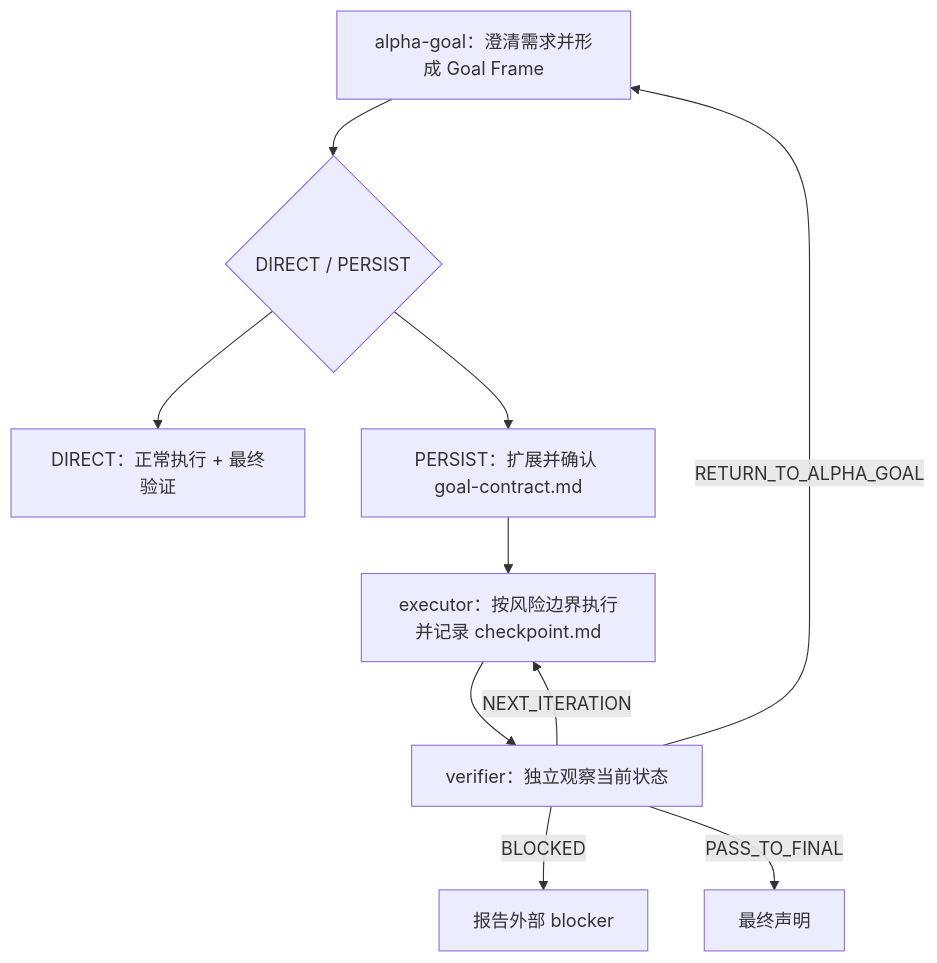
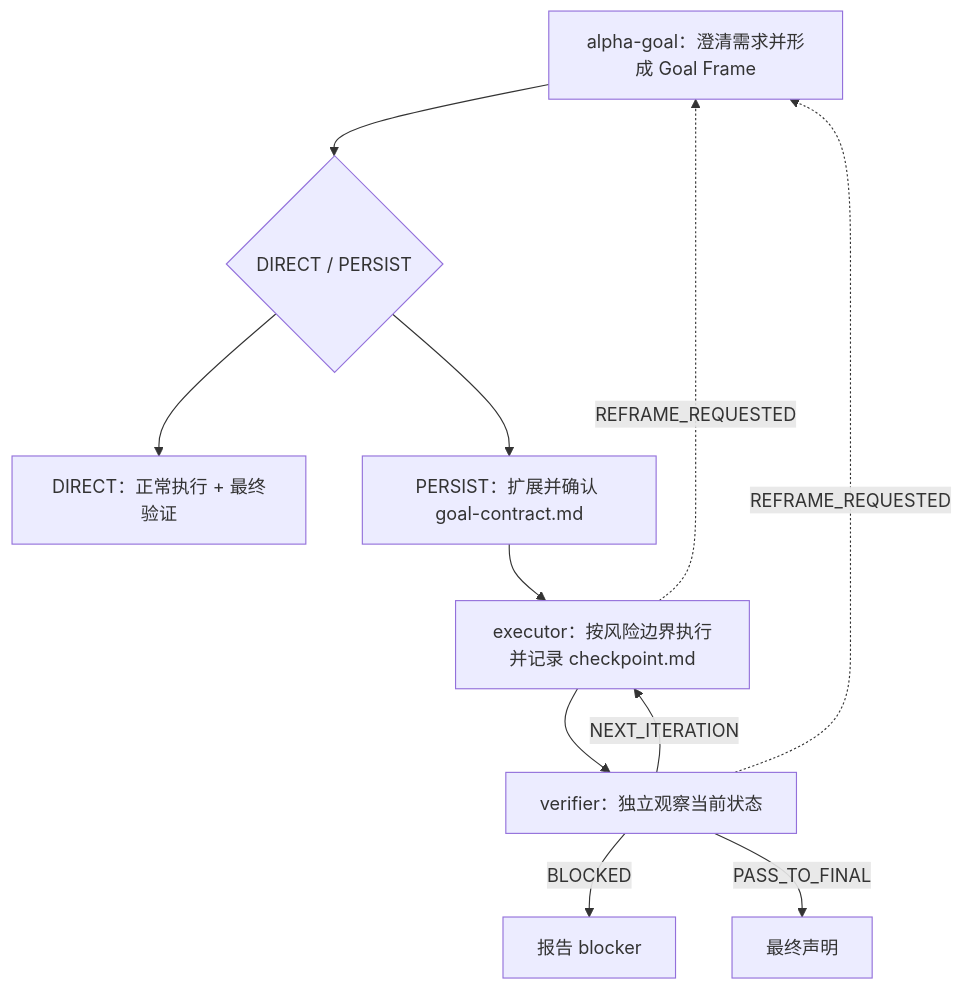
One commit to azhonglee/alpha-goal changed the diagram in README.md. Above: the diagram before and after it, drawn with Mermaid. The commit also changed 12 other files, not shown here.

````diff
--- a/README.md
+++ b/README.md
@@ -9,12 +9,13 @@
 ```mermaid
 flowchart TD
   A["alpha-goal：澄清需求并形成 Goal Frame"] --> R{"DIRECT / PERSIST"}
   R --> D["DIRECT：正常执行 + 最终验证"]
   R --> P["PERSIST：扩展并确认 goal-contract.md"]
   P --> E["executor：按风险边界执行并记录 checkpoint.md"]
   E --> V["verifier：独立观察当前状态"]
   V -->|"NEXT_ITERATION"| E
-  V -->|"RETURN_TO_ALPHA_GOAL"| A
-  V -->|"BLOCKED"| B["报告外部 blocker"]
+  E -. "REFRAME_REQUESTED" .-> A
+  V -. "REFRAME_REQUESTED" .-> A
+  V -->|"BLOCKED"| B["报告 blocker"]
   V -->|"PASS_TO_FINAL"| F["最终声明"]
 ```
````
